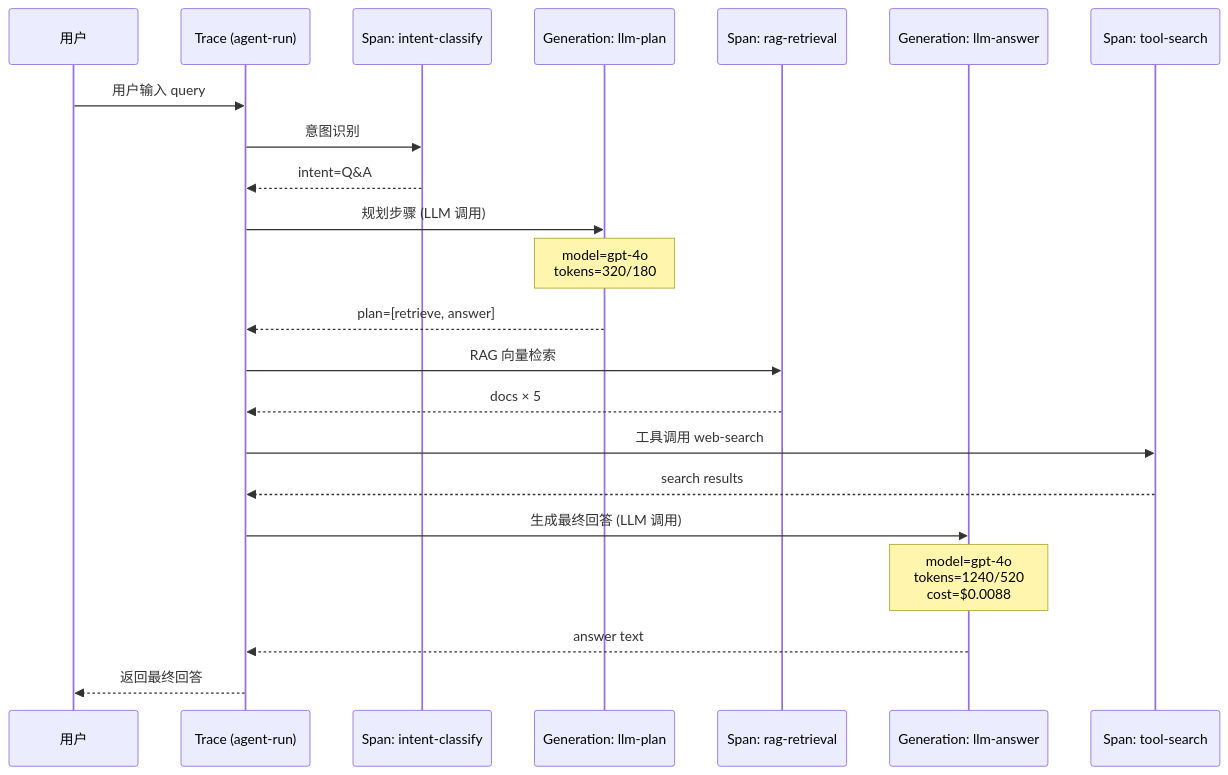
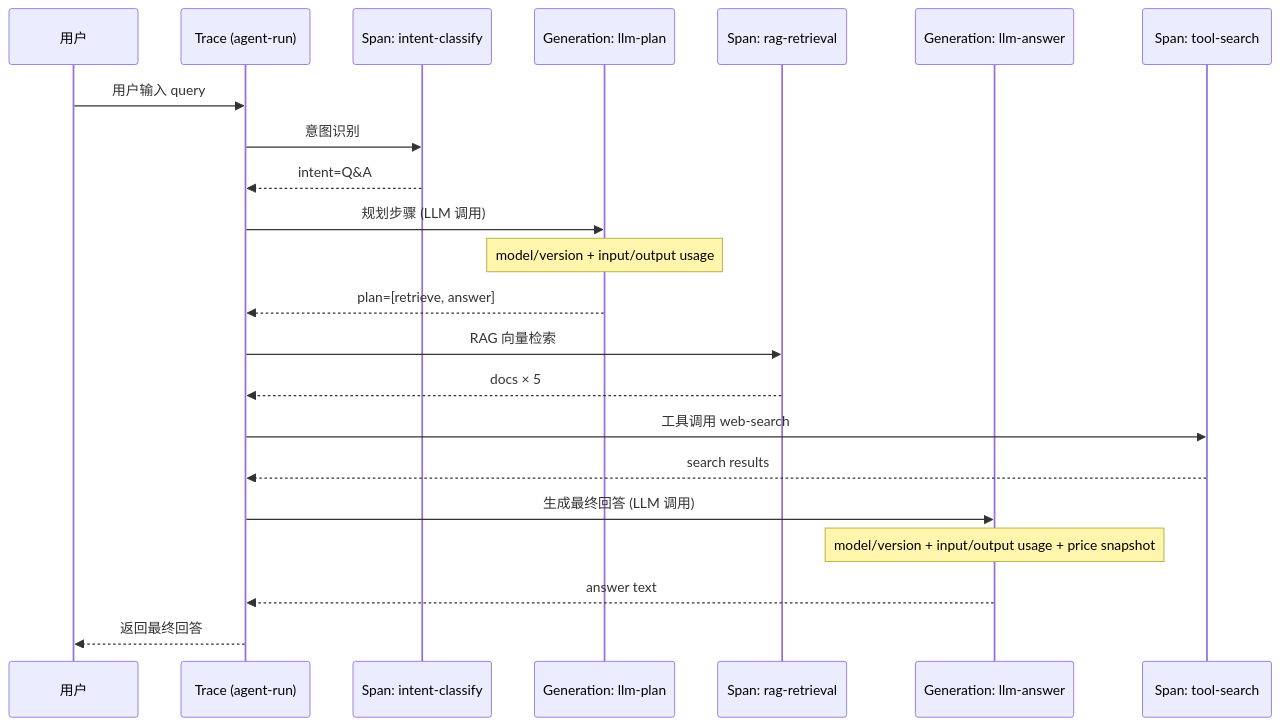
The first of 3 diagrams in knowledge/llm/production/ai-observability.md (AmbitionC/front-end-journey-resource), drawn with Mermaid before and after one commit. The commit also changed other lines of this file and 10 other files, not shown here.

````diff
--- a/knowledge/llm/production/ai-observability.md
+++ b/knowledge/llm/production/ai-observability.md
@@ -61,25 +61,25 @@
 ```mermaid
 sequenceDiagram
     participant U as 用户
     participant T as Trace (agent-run)
     participant S1 as Span: intent-classify
     participant G1 as Generation: llm-plan
     participant S2 as Span: rag-retrieval
     participant G2 as Generation: llm-answer
     participant S3 as Span: tool-search
 
     U->>T: 用户输入 query
     T->>S1: 意图识别
     S1-->>T: intent=Q&A
     T->>G1: 规划步骤 (LLM 调用)
-    Note over G1: model=gpt-4o<br/>tokens=320/180
+    Note over G1: model/version + input/output usage
     G1-->>T: plan=[retrieve, answer]
     T->>S2: RAG 向量检索
     S2-->>T: docs × 5
     T->>S3: 工具调用 web-search
     S3-->>T: search results
     T->>G2: 生成最终回答 (LLM 调用)
-    Note over G2: model=gpt-4o<br/>tokens=1240/520<br/>cost=$0.0088
+    Note over G2: model/version + input/output usage + price snapshot
     G2-->>T: answer text
     T-->>U: 返回最终回答
 ```
````
